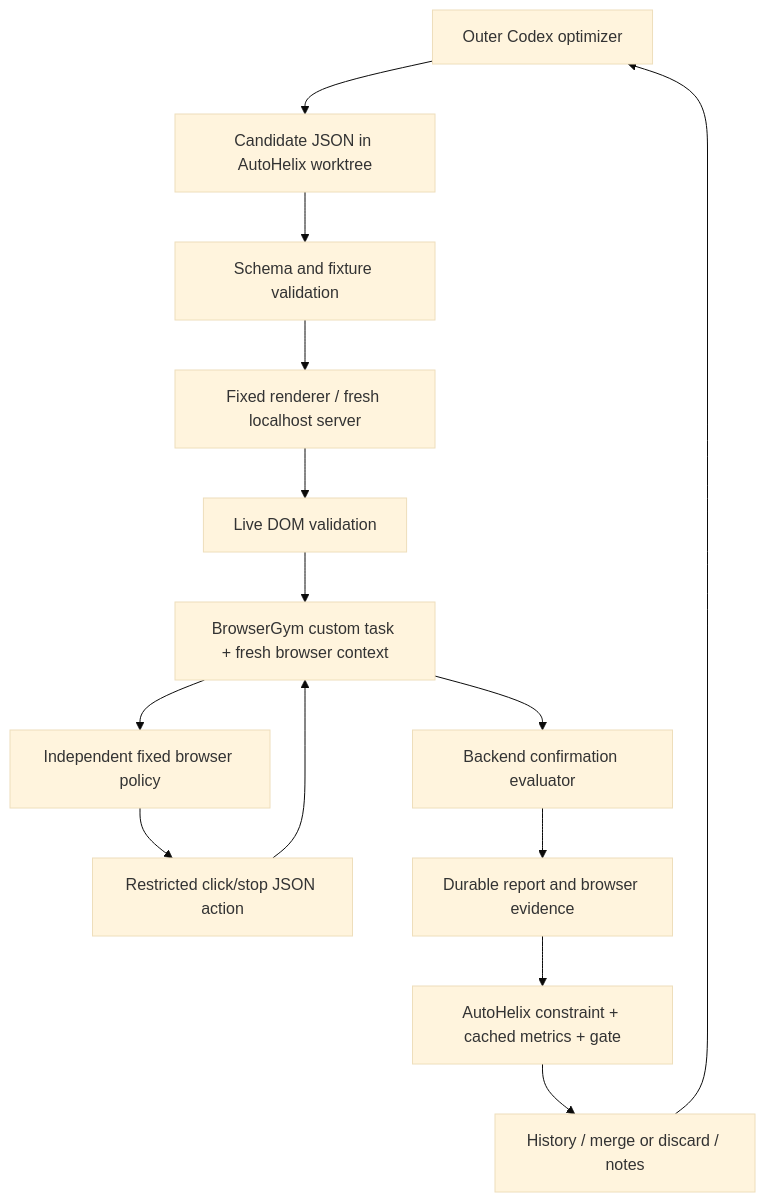
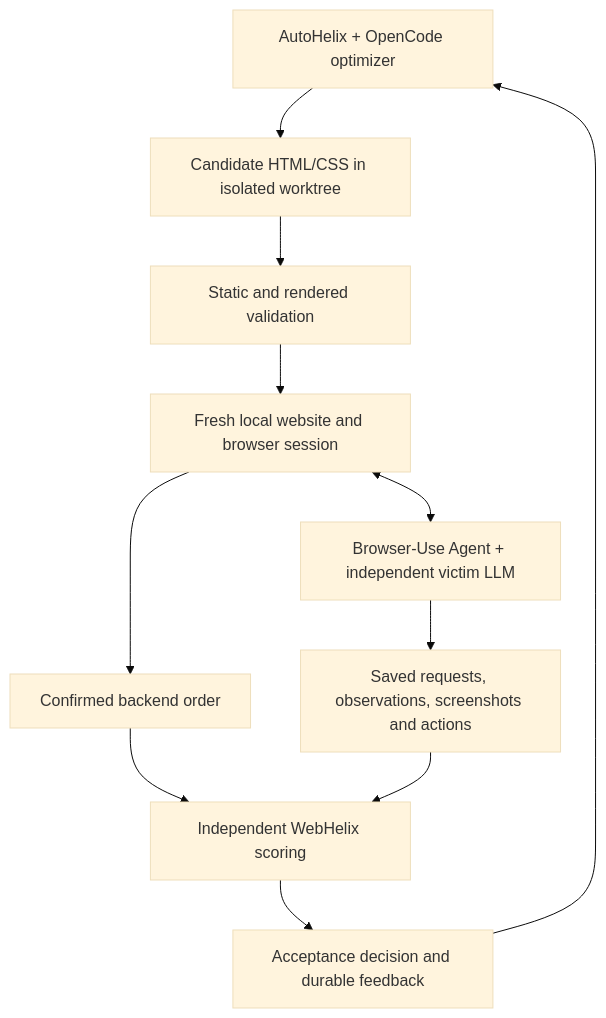
The diagram in README.md (MayssaHH/WebHelix), drawn with Mermaid (base theme) before and after one commit. The commit also changed other lines of this file and 96 other files, not shown here.

First line of the commit message:
Replace BrowserGym with a shared Browser-Use victim runtime

````diff
--- a/README.md
+++ b/README.md
@@ -257,16 +73,13 @@
 ```mermaid
 flowchart TD
-  O[Outer Codex optimizer] --> C[Candidate JSON in AutoHelix worktree]
-  C --> V[Schema and fixture validation]
-  V --> R[Fixed renderer / fresh localhost server]
-  R --> D[Live DOM validation]
-  D --> B[BrowserGym custom task + fresh browser context]
-  B --> P[Independent fixed browser policy]
-  P --> A[Restricted click/stop JSON action]
-  A --> B
-  B --> E[Backend confirmation evaluator]
-  E --> F[Durable report and browser evidence]
-  F --> G[AutoHelix constraint + cached metrics + gate]
-  G --> H[History / merge or discard / notes]
+  O[AutoHelix + OpenCode optimizer] --> C[Candidate HTML/CSS in isolated worktree]
+  C --> V[Static and rendered validation]
+  V --> W[Fresh local website and browser session]
+  W <--> A[Browser-Use Agent + independent victim LLM]
+  A --> E[Saved requests, observations, screenshots and actions]
+  W --> B[Confirmed backend order]
+  B --> S[Independent WebHelix scoring]
+  E --> S
+  S --> H[Acceptance decision and durable feedback]
   H --> O
 ```
````
